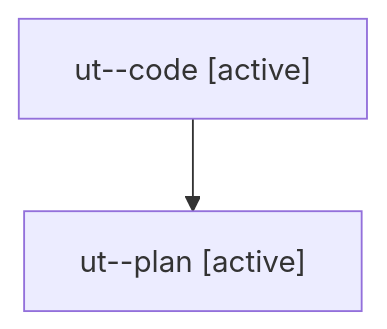
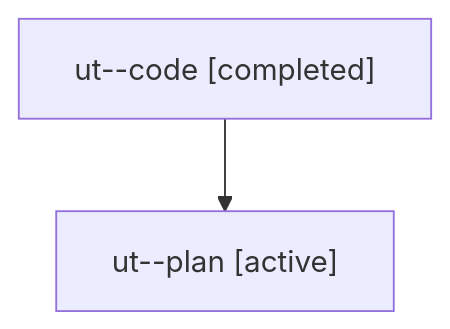
Before and after one commit to sase-org/sase--agents: the diagram in families/bbugyi200.athena.ut.md, drawn with Mermaid. The commit also changed other lines of this file and 4556 other files, not shown here.

````diff
--- a/families/bbugyi200.athena.ut.md
+++ b/families/bbugyi200.athena.ut.md
@@ -9,6 +9,6 @@
 ```mermaid
 flowchart TD
-  n0["ut--code [active]"]
+  n0["ut--code [completed]"]
   n1["ut--plan [active]"]
   n0 --> n1
 ```
````
